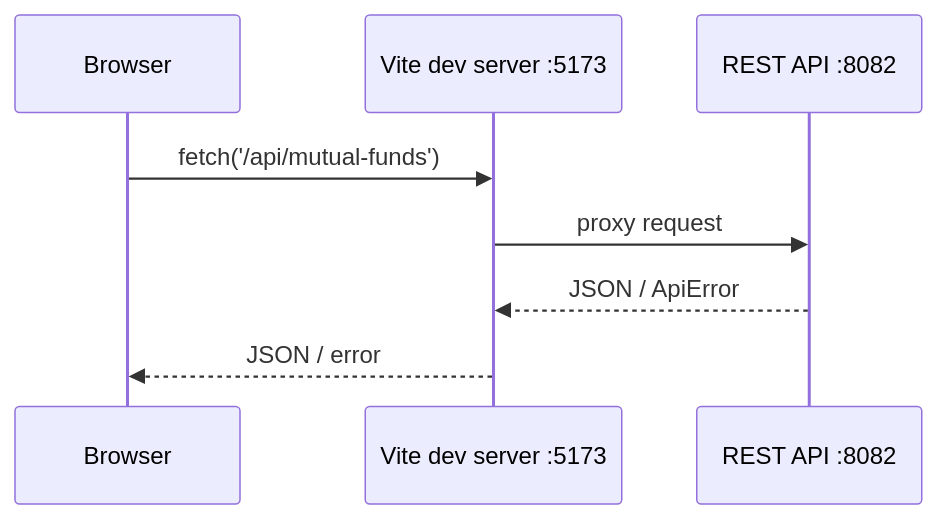
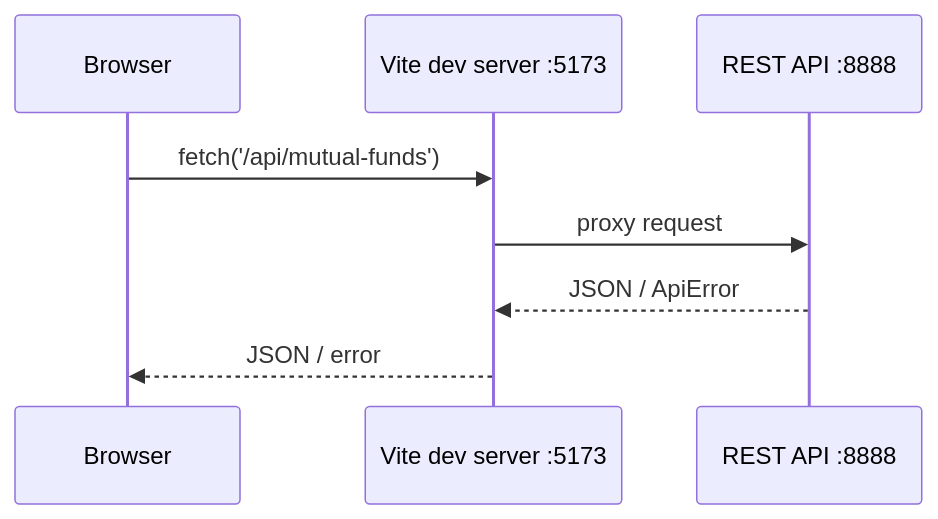
The fifth of 5 diagrams in ARCHITECTURE.md (abnig/trade-parent-reactor), drawn with Mermaid before and after one commit. The commit also changed other lines of this file and 25 other files, not shown here.

````diff
--- a/ARCHITECTURE.md
+++ b/ARCHITECTURE.md
@@ -307,10 +307,10 @@
 ```mermaid
 sequenceDiagram
     participant Browser
     participant Vite as Vite dev server :5173
-    participant REST as REST API :8082
+    participant REST as REST API :8888
     Browser->>Vite: fetch('/api/mutual-funds')
     Vite->>REST: proxy request
     REST-->>Vite: JSON / ApiError
     Vite-->>Browser: JSON / error
 ```
````
